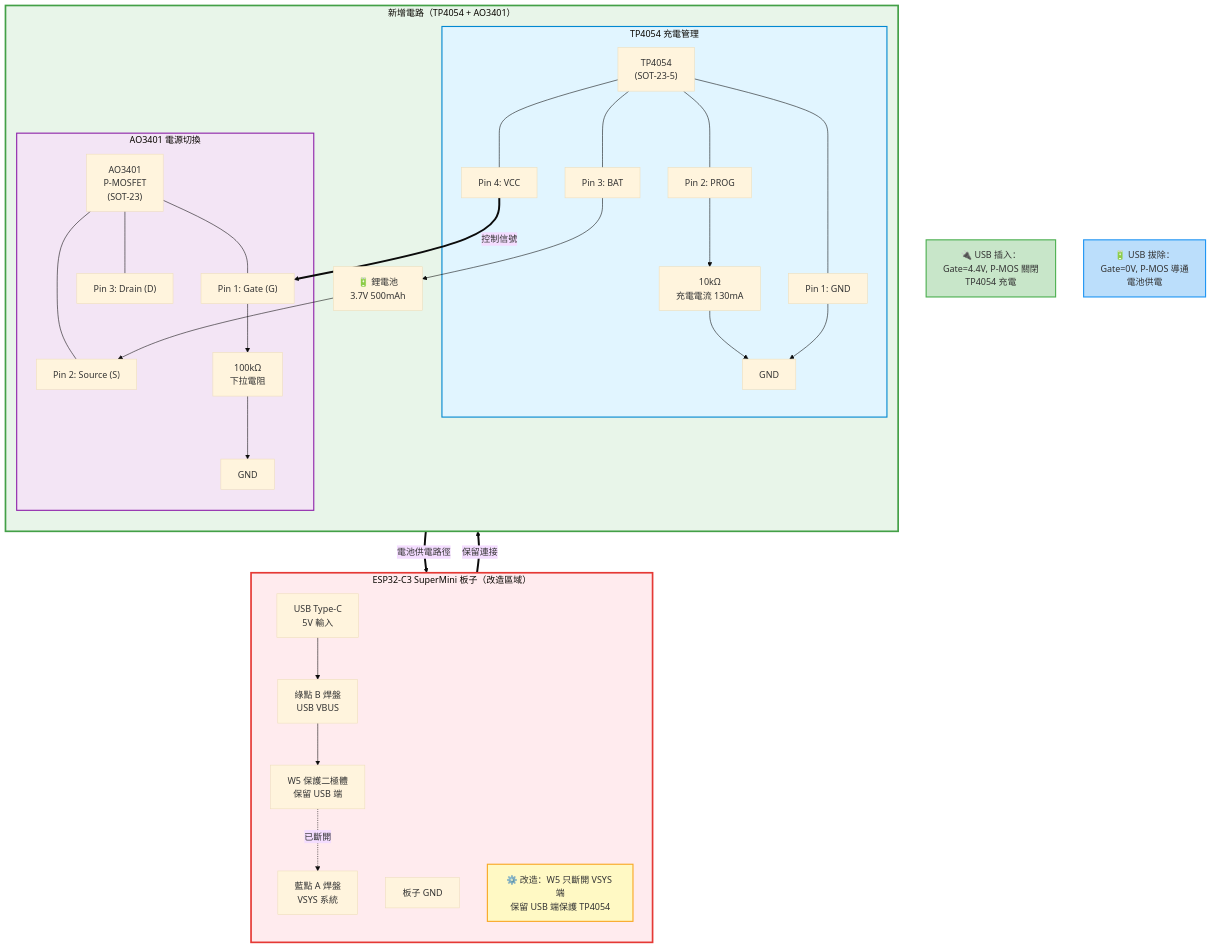
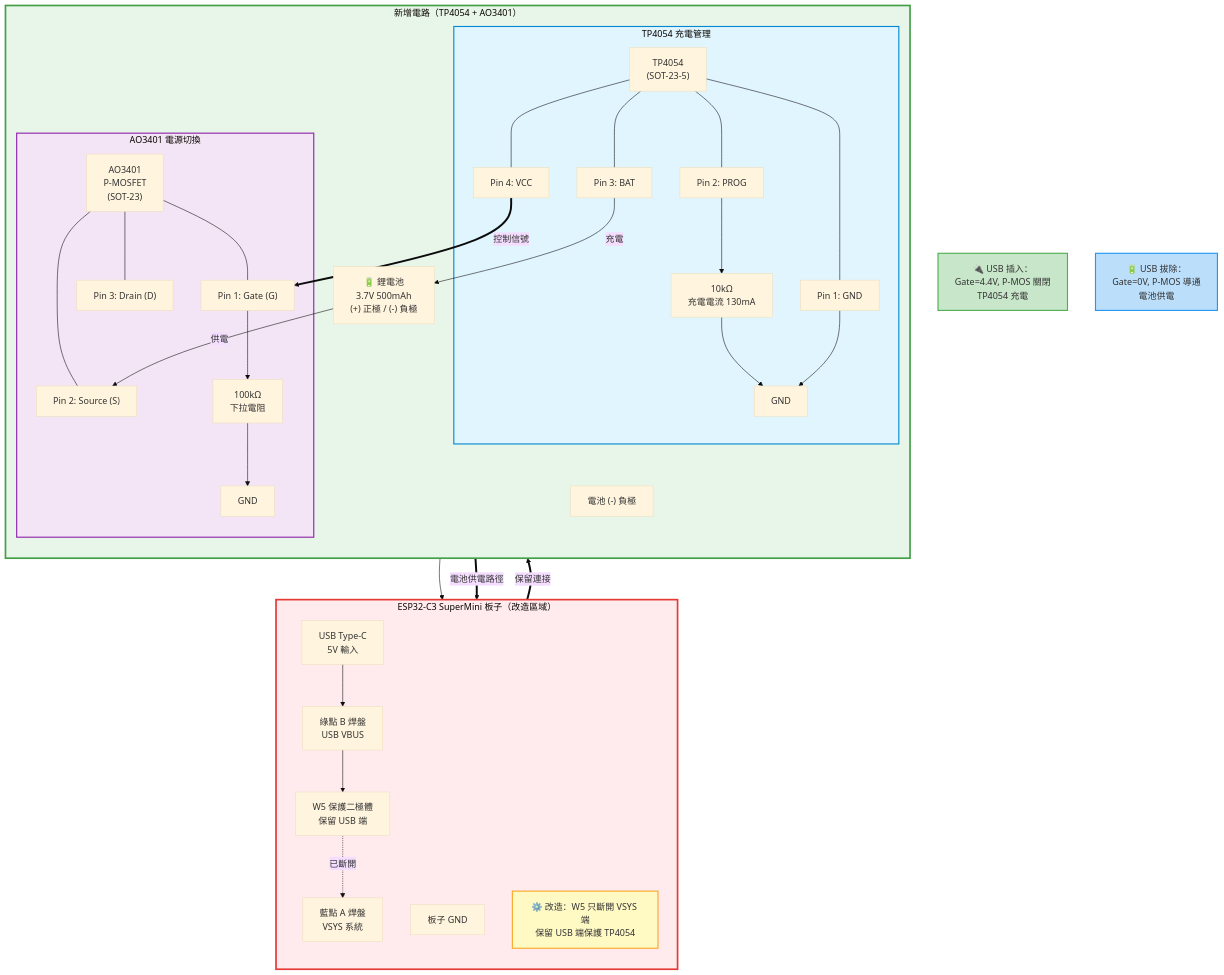
Before and after one commit to DanielYJHsieh/esp32c3: the first of 5 diagrams in battery_management/hardware/WIRING_DIAGRAM.md, drawn with Mermaid (base theme). The commit also changed other lines of this file and 1 other file, not shown here.

````diff
--- a/battery_management/hardware/WIRING_DIAGRAM.md
+++ b/battery_management/hardware/WIRING_DIAGRAM.md
@@ -77,76 +79,78 @@
 ```mermaid
 graph TB
     subgraph ORIGINAL["ESP32-C3 SuperMini 板子（改造區域）"]
         direction TB
         USB_PORT["USB Type-C<br/>5V 輸入"]
         PAD_B["綠點 B 焊盤<br/>USB VBUS"]
         W5["W5 保護二極體<br/>保留 USB 端"]
         PAD_A["藍點 A 焊盤<br/>VSYS 系統"]
         PCB_GND["板子 GND"]
         
         USB_PORT --> PAD_B
         PAD_B --> W5
         W5 -.->|已斷開| PAD_A
         
         NOTE1["⚙️ 改造：W5 只斷開 VSYS 端<br/>保留 USB 端保護 TP4054"]:::noteStyle
     end
     
     subgraph NEW_CIRCUIT["新增電路（TP4054 + AO3401）"]
         direction TB
         
         subgraph TP4054_BLOCK["TP4054 充電管理"]
             TP4054["TP4054<br/>(SOT-23-5)"]
             TP_VCC["Pin 4: VCC"]
             TP_BAT["Pin 3: BAT"]
             TP_PROG["Pin 2: PROG"]
             TP_GND["Pin 1: GND"]
             R_PROG["10kΩ<br/>充電電流 130mA"]
             
             TP4054 --- TP_VCC
             TP4054 --- TP_BAT
             TP4054 --- TP_PROG
             TP4054 --- TP_GND
             TP_PROG --> R_PROG
             R_PROG --> GND1["GND"]
             TP_GND --> GND1
         end
         
         subgraph AO3401_BLOCK["AO3401 電源切換"]
             AO3401["AO3401<br/>P-MOSFET<br/>(SOT-23)"]
             AO_GATE["Pin 1: Gate (G)"]
             AO_SOURCE["Pin 2: Source (S)"]
             AO_DRAIN["Pin 3: Drain (D)"]
             R_GATE["100kΩ<br/>下拉電阻"]
             
             AO3401 --- AO_GATE
             AO3401 --- AO_SOURCE
             AO3401 --- AO_DRAIN
             AO_GATE --> R_GATE
             R_GATE --> GND2["GND"]
         end
         
-        BATTERY["🔋 鋰電池<br/>3.7V 500mAh"]
+        BATTERY["🔋 鋰電池<br/>3.7V 500mAh<br/>(+) 正極 / (-) 負極"]
+        BAT_NEG["電池 (-) 負極"]
         
-        TP_BAT --> BATTERY
-        BATTERY --> AO_SOURCE
+        TP_BAT -->|充電| BATTERY
+        BATTERY -->|供電| AO_SOURCE
+        BAT_NEG --> PCB_GND
     end
     
     %% 連接兩個區域
     W5 ==>|保留連接| TP_VCC
     TP_VCC ==>|控制信號| AO_GATE
     AO_DRAIN ==>|電池供電路徑| PAD_A
     
     %% 工作狀態標註
     STATE_USB["🔌 USB 插入：<br/>Gate=4.4V, P-MOS 關閉<br/>TP4054 充電"]:::stateOn
     STATE_BAT["🔋 USB 拔除：<br/>Gate=0V, P-MOS 導通<br/>電池供電"]:::stateOff
     
     %% 樣式定義
     classDef noteStyle fill:#fff9c4,stroke:#f9a825,stroke-width:2px
     classDef stateOn fill:#c8e6c9,stroke:#4caf50,stroke-width:2px
     classDef stateOff fill:#bbdefb,stroke:#2196f3,stroke-width:2px
     
     style ORIGINAL fill:#ffebee,stroke:#e53935,stroke-width:3px
     style NEW_CIRCUIT fill:#e8f5e9,stroke:#43a047,stroke-width:3px
     style TP4054_BLOCK fill:#e1f5ff,stroke:#0288d1,stroke-width:2px
     style AO3401_BLOCK fill:#f3e5f5,stroke:#8e24aa,stroke-width:2px
 ```
````
